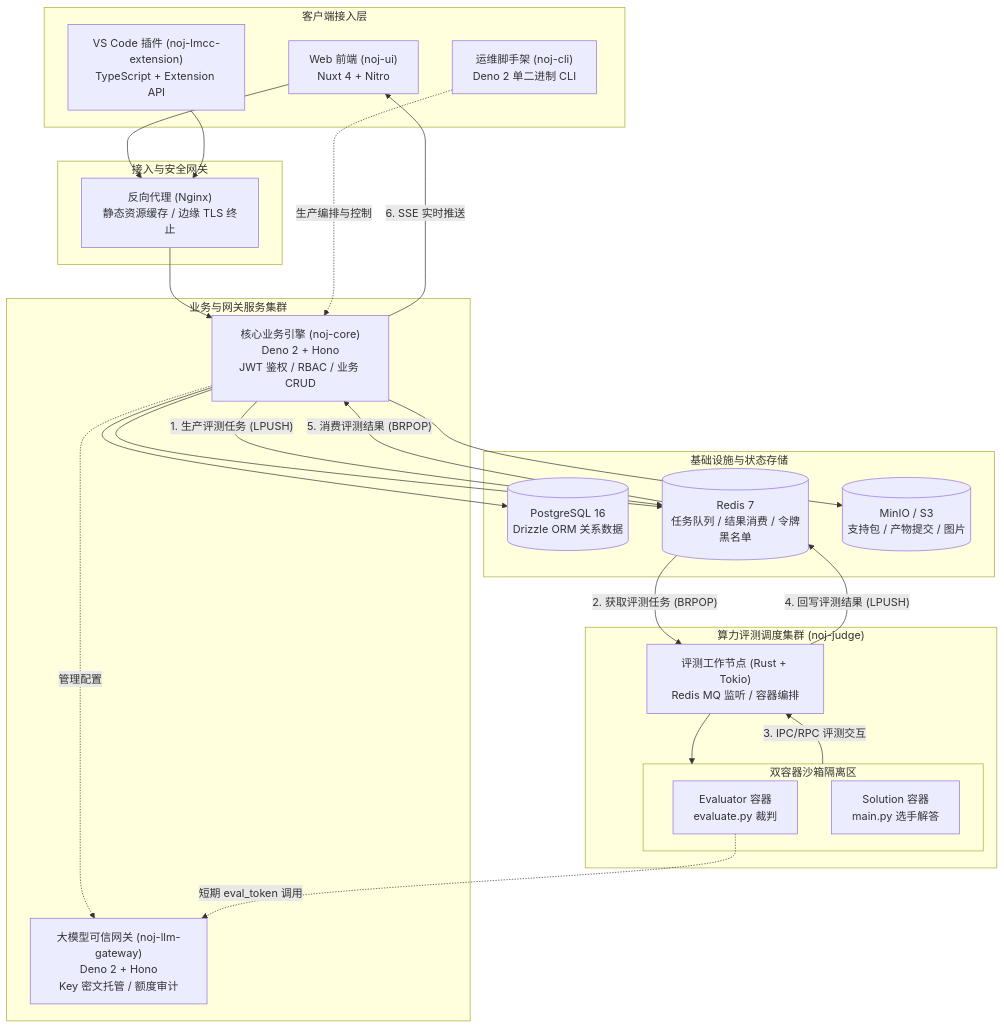
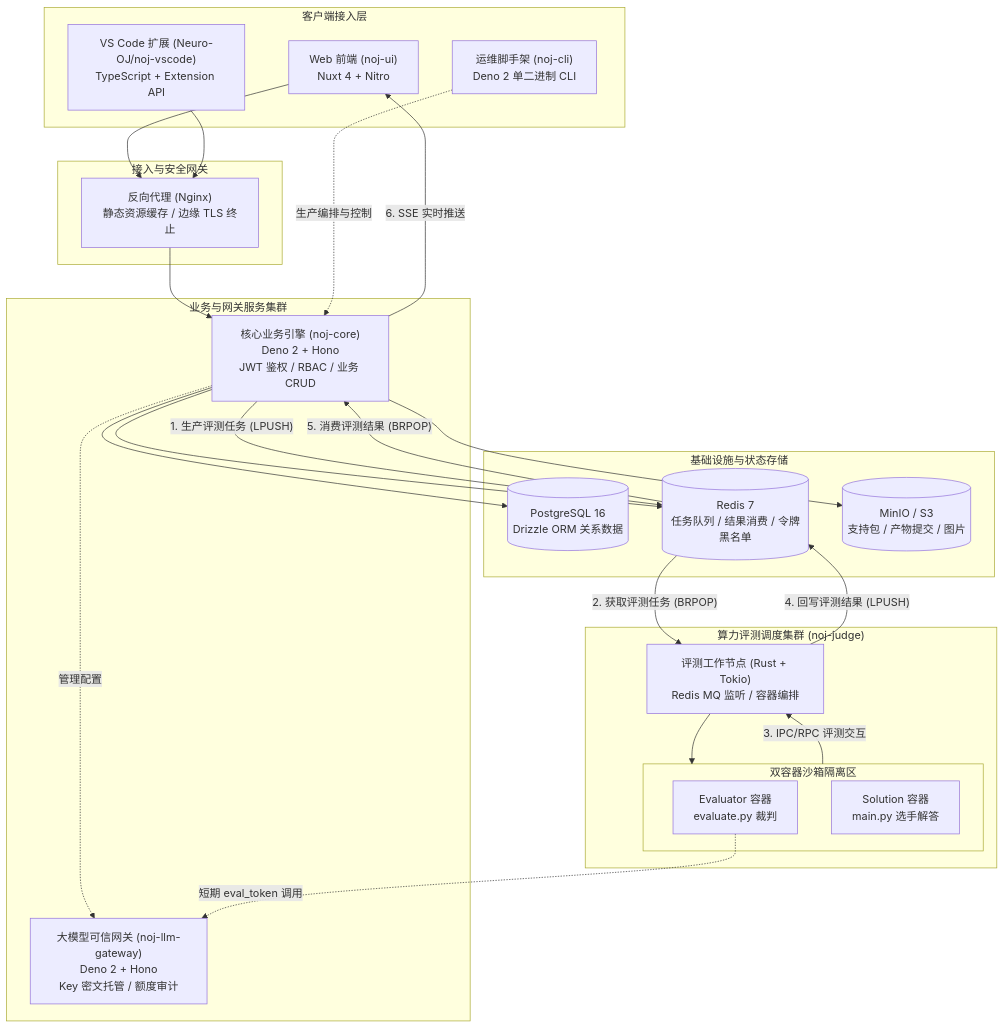
The first of 2 diagrams in noj-docs/docs/system/architecture.md (Neuro-OJ/neuro-oj), drawn with Mermaid before and after one commit. The commit also changed other lines of this file and 63 other files, not shown here.

Commit message:
refactor(root,ci,docs,cli): 将 VS Code 扩展拆分至独立仓库 Neuro-OJ/noj-vscode

````diff
--- a/noj-docs/docs/system/architecture.md
+++ b/noj-docs/docs/system/architecture.md
@@ -11,51 +11,51 @@
 ```mermaid
 flowchart TB
     subgraph Clients["客户端接入层"]
         UI["Web 前端 (noj-ui)<br/>Nuxt 4 + Nitro"]
-        IDE["VS Code 插件 (noj-lmcc-extension)<br/>TypeScript + Extension API"]
+        IDE["VS Code 扩展 (Neuro-OJ/noj-vscode)<br/>TypeScript + Extension API"]
         CLI["运维脚手架 (noj-cli)<br/>Deno 2 单二进制 CLI"]
     end
 
     subgraph GatewayLayer["接入与安全网关"]
         Nginx["反向代理 (Nginx)<br/>静态资源缓存 / 边缘 TLS 终止"]
     end
 
     subgraph ServiceLayer["业务与网关服务集群"]
         Core["核心业务引擎 (noj-core)<br/>Deno 2 + Hono<br/>JWT 鉴权 / RBAC / 业务 CRUD"]
         LLMGW["大模型可信网关 (noj-llm-gateway)<br/>Deno 2 + Hono<br/>Key 密文托管 / 额度审计"]
     end
 
     subgraph StorageLayer["基础设施与状态存储"]
         PG[("PostgreSQL 16<br/>Drizzle ORM 关系数据")]
         Redis[("Redis 7<br/>任务队列 / 结果消费 / 令牌黑名单")]
         MinIO[("MinIO / S3<br/>支持包 / 产物提交 / 图片")]
     end
 
     subgraph JudgeLayer["算力评测调度集群 (noj-judge)"]
         Worker["评测工作节点 (Rust + Tokio)<br/>Redis MQ 监听 / 容器编排"]
         subgraph Sandbox["双容器沙箱隔离区"]
             Eval["Evaluator 容器<br/>evaluate.py 裁判"]
             Sol["Solution 容器<br/>main.py 选手解答"]
         end
     end
 
     UI --> Nginx
     IDE --> Nginx
     Nginx --> Core
     CLI -. "生产编排与控制" .-> Core
 
     Core --> PG
     Core --> Redis
     Core --> MinIO
     Core -. "管理配置" .-> LLMGW
 
     Core -- "1. 生产评测任务 (LPUSH)" --> Redis
     Redis -- "2. 获取评测任务 (BRPOP)" --> Worker
     Worker --> Sandbox
     Sandbox -- "3. IPC/RPC 评测交互" --> Worker
     Worker -- "4. 回写评测结果 (LPUSH)" --> Redis
     Redis -- "5. 消费评测结果 (BRPOP)" --> Core
     Core -- "6. SSE 实时推送" --> UI
 
     Eval -. "短期 eval_token 调用" .-> LLMGW
 ```
````
